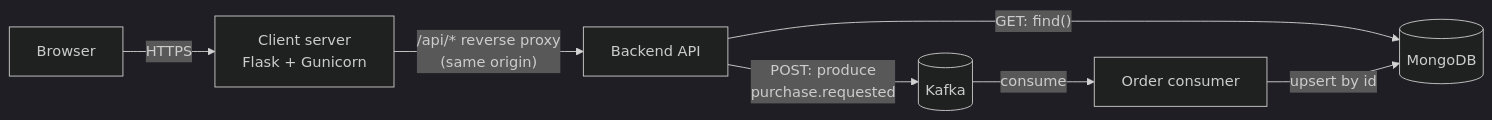
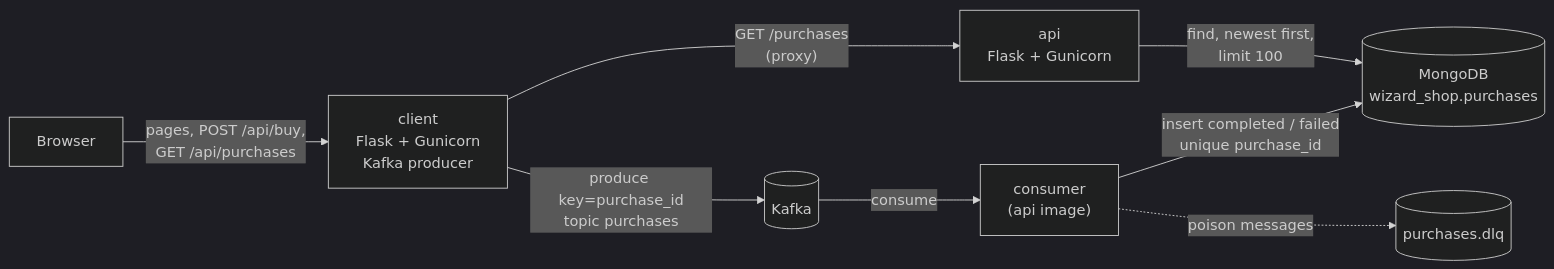
One commit to yaninagroisman/shop-azure-cicd changed the first of 7 diagrams in docs/ARCHITECTURE.md. Above: the diagram before and after it, drawn with Mermaid (dark theme). The commit also changed other lines of this file and 13 other files, not shown here.

````diff
--- a/docs/ARCHITECTURE.md
+++ b/docs/ARCHITECTURE.md
@@ -75,9 +48,10 @@
 ```mermaid
 flowchart LR
-    B[Browser] -->|HTTPS| C[Client server<br/>Flask + Gunicorn]
-    C -->|"/api/* reverse proxy<br/>(same origin)"| A[Backend API]
-    A -->|"GET: find()"| M[(MongoDB)]
-    A -->|"POST: produce<br/>purchase.requested"| K[(Kafka)]
-    K -->|consume| W[Order consumer]
-    W -->|"upsert by id"| M
+    B[Browser] -->|"pages, POST /api/buy,<br/>GET /api/purchases"| C["client<br/>Flask + Gunicorn<br/>Kafka producer"]
+    C -->|"produce key=purchase_id<br/>topic purchases"| K[(Kafka)]
+    K -->|consume| W["consumer<br/>(api image)"]
+    W -->|"insert completed / failed<br/>unique purchase_id"| M[(MongoDB<br/>wizard_shop.purchases)]
+    W -.->|poison messages| DLQ[(purchases.dlq)]
+    C -->|"GET /purchases<br/>(proxy)"| A["api<br/>Flask + Gunicorn"]
+    A -->|"find, newest first,<br/>limit 100"| M
 ```
````
